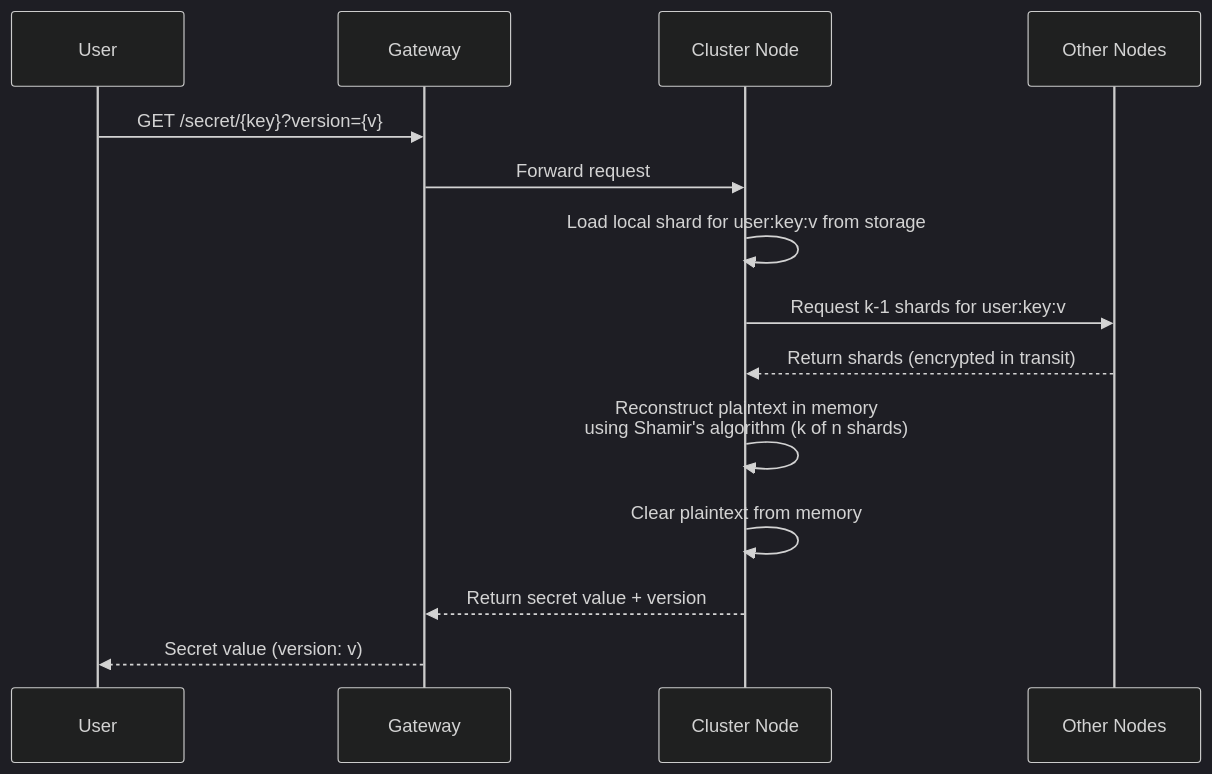
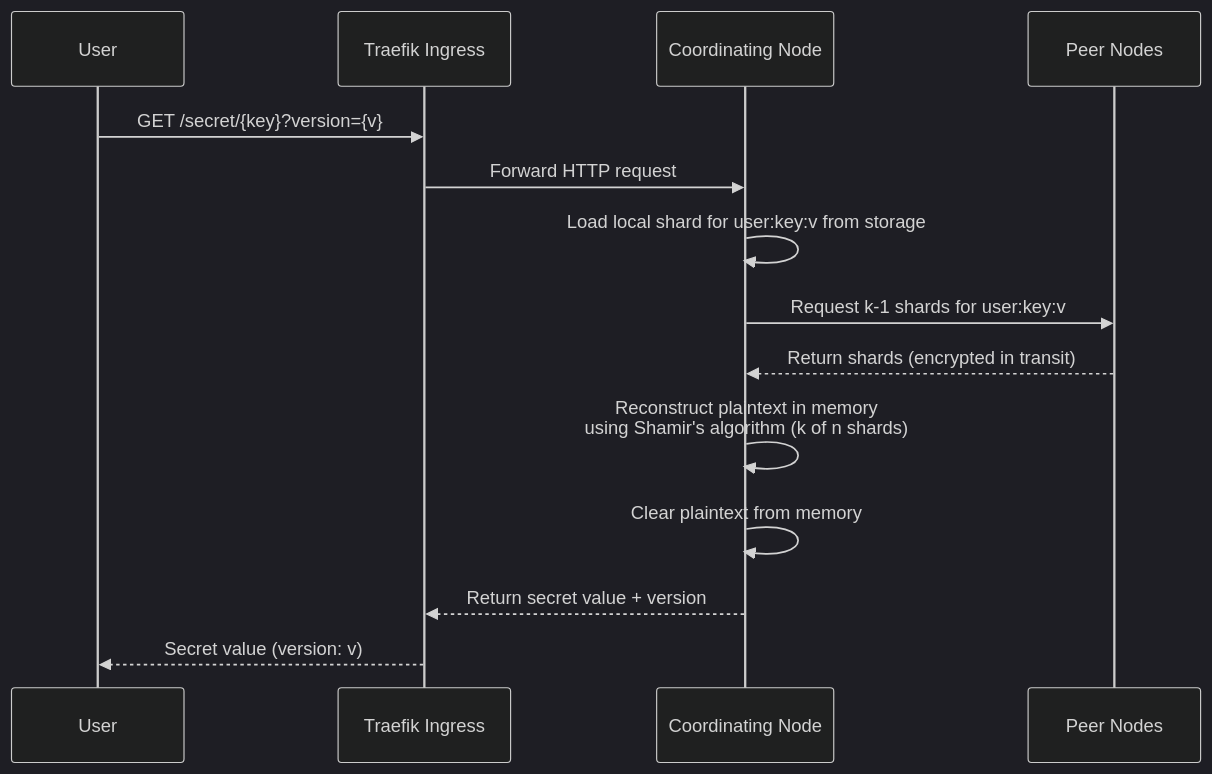
One commit to S26-Distributed-Capstone/DistributedSecretsVault changed the second of 3 diagrams in docs/crud/retrieve.md. Above: the diagram before and after it, drawn with Mermaid (dark theme). The commit also changed other lines of this file and 7 other files, not shown here.

````diff
--- a/docs/crud/retrieve.md
+++ b/docs/crud/retrieve.md
@@ -77,17 +77,17 @@
 ```mermaid
 sequenceDiagram
     participant User
-    participant Gateway
-    participant Node as Cluster Node
-    participant Peers as Other Nodes
+    participant Ingress as Traefik Ingress
+    participant Node as Coordinating Node
+    participant Peers as Peer Nodes
 
-    User->>Gateway: GET /secret/{key}?version={v}
-    Gateway->>Node: Forward request
+    User->>Ingress: GET /secret/{key}?version={v}
+    Ingress->>Node: Forward HTTP request
     Node->>Node: Load local shard for user:key:v from storage
     Node->>Peers: Request k-1 shards for user:key:v
     Peers-->>Node: Return shards (encrypted in transit)
     Node->>Node: Reconstruct plaintext in memory<br/>using Shamir's algorithm (k of n shards)
     Node->>Node: Clear plaintext from memory
-    Node-->>Gateway: Return secret value + version
-    Gateway-->>User: Secret value (version: v)
+    Node-->>Ingress: Return secret value + version
+    Ingress-->>User: Secret value (version: v)
 ```
````
